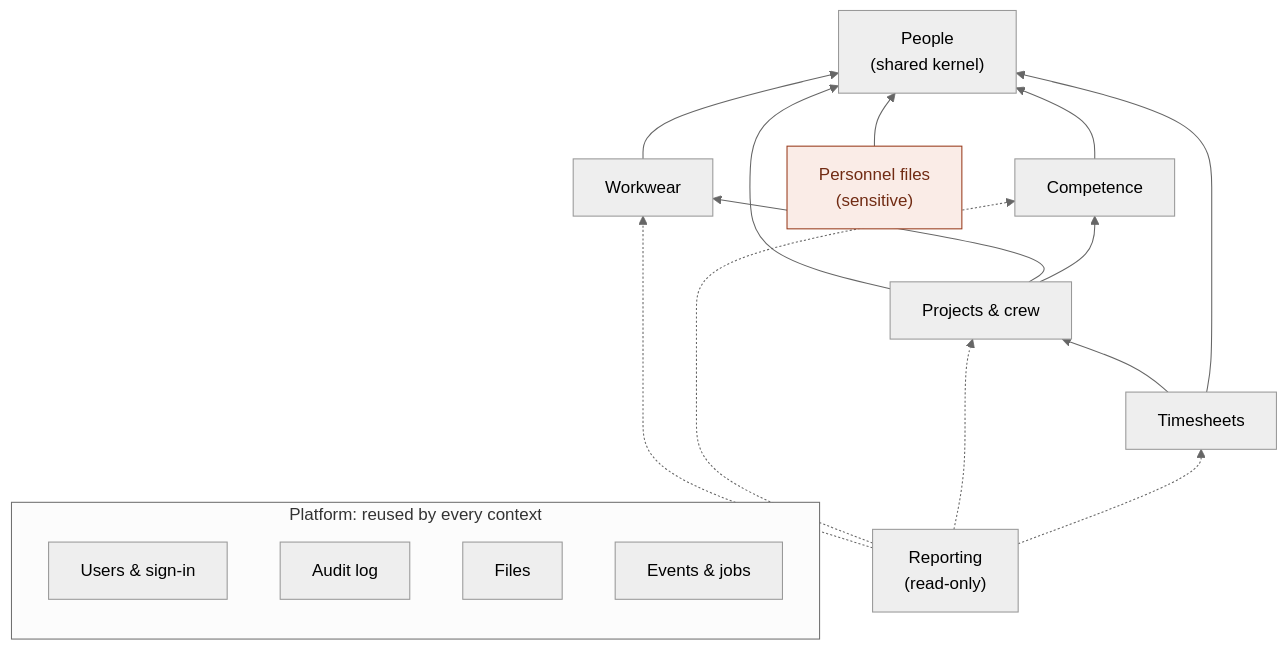
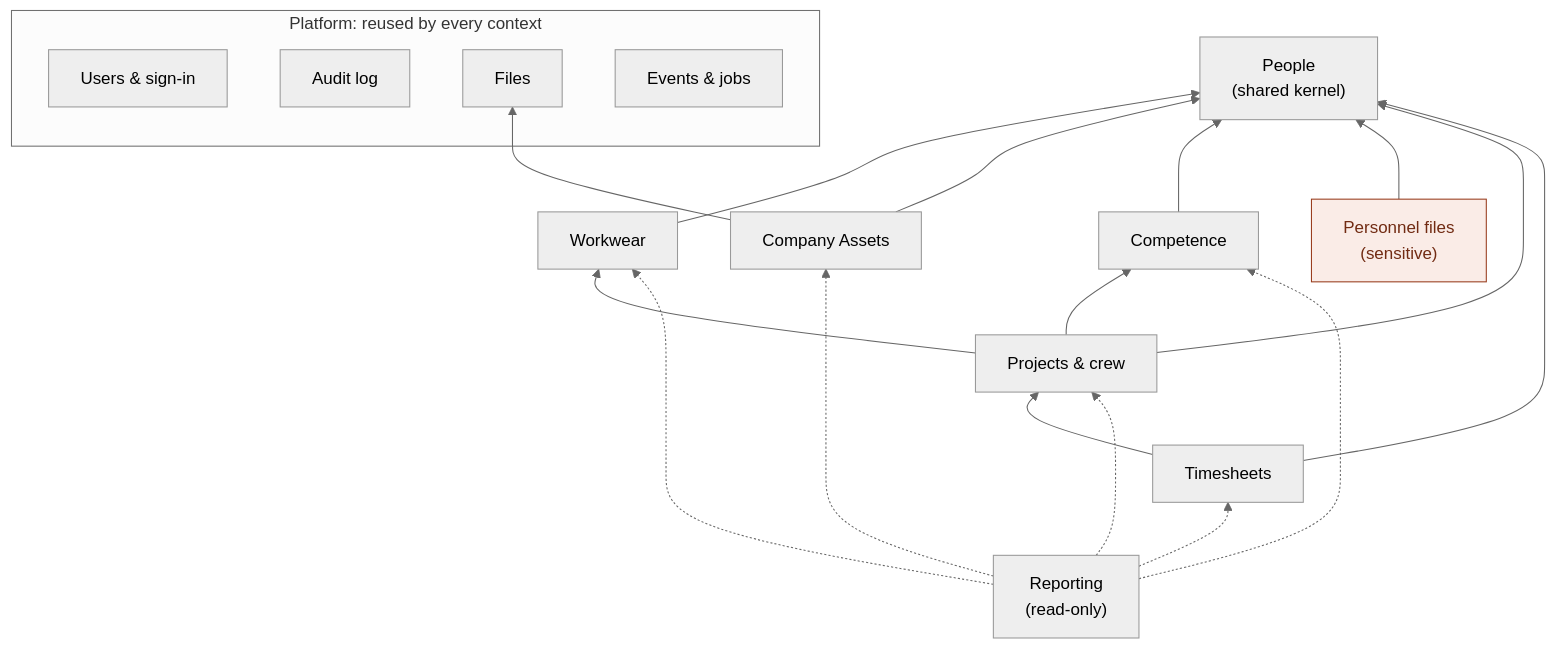
The diagram in docs/architecture/context-map.md (remisb/ppe-next2), drawn with Mermaid (neutral theme) before and after one commit. The commit also changed other lines of this file and 8 other files, not shown here.

First line of the commit message:
Specify Company Assets: terms, spec, ADR 0004 and the UX review

````diff
--- a/docs/architecture/context-map.md
+++ b/docs/architecture/context-map.md
@@ -15,33 +16,37 @@
 ```mermaid
 flowchart BT
     subgraph platform [Platform: reused by every context]
         iam[Users & sign-in]
         audit[Audit log]
         files[Files]
         events[Events & jobs]
     end
 
     people["People<br/>(shared kernel)"]
     workwear[Workwear]
+    assets[Company Assets]
     competence[Competence]
     personnel["Personnel files<br/>(sensitive)"]
     projects[Projects & crew]
     time[Timesheets]
     reporting["Reporting<br/>(read-only)"]
 
     workwear --> people
+    assets --> people
+    assets --> files
     competence --> people
     personnel --> people
     projects --> people
     projects --> workwear
     projects --> competence
     time --> projects
     time --> people
     reporting -.-> workwear
+    reporting -.-> assets
     reporting -.-> competence
     reporting -.-> projects
     reporting -.-> time
 
     classDef sensitive fill:#FAECE7,stroke:#993C1D,color:#712B13
     class personnel sensitive
 ```
````
